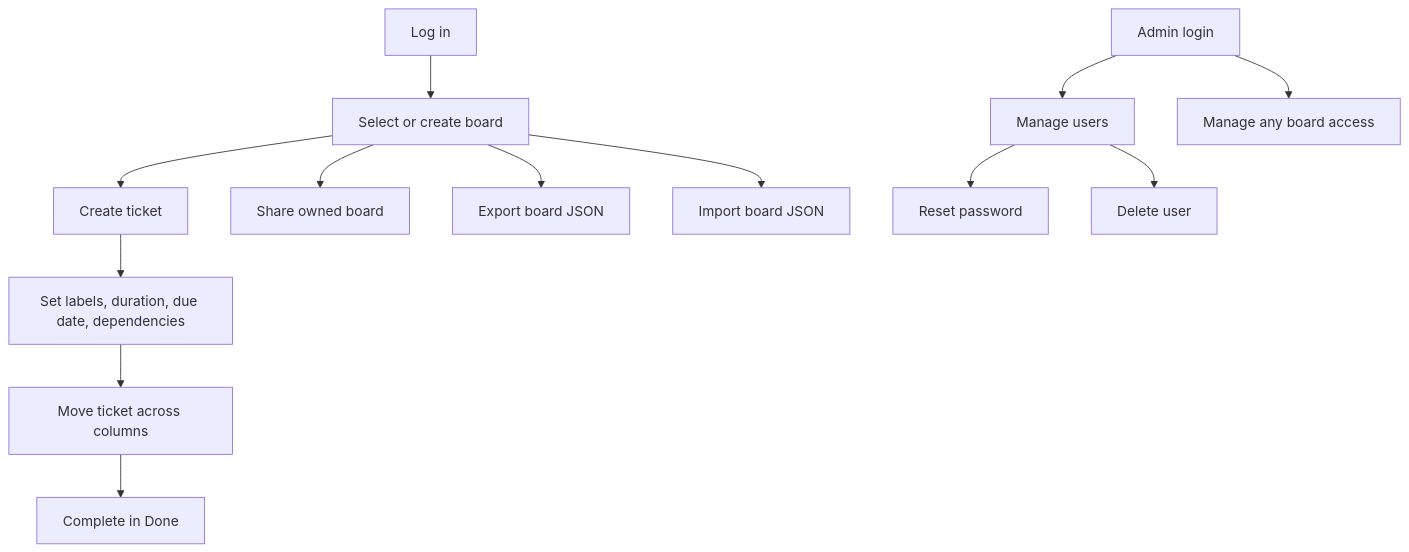
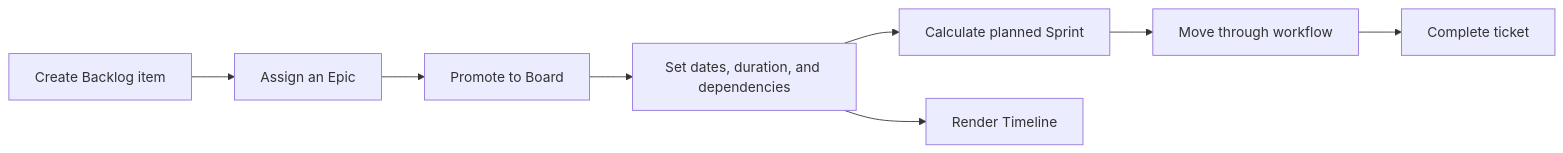
One commit to Zuendelmeister-Dev/Kanbanodon changed the third of 5 diagrams in README.md. Above: the diagram before and after it, drawn with Mermaid. The commit also changed other lines of this file and 4 other files, not shown here.

Commit message:
docs: update architecture and planning documentation

````diff
--- a/README.md
+++ b/README.md
@@ -415,17 +133,10 @@
 ```mermaid
-flowchart TD
-    Login["Log in"] --> SelectBoard["Select or create board"]
-    SelectBoard --> CreateTicket["Create ticket"]
-    CreateTicket --> Plan["Set labels, duration, due date, dependencies"]
-    Plan --> Move["Move ticket across columns"]
-    Move --> Done["Complete in Done"]
-    SelectBoard --> ShareOwn["Share owned board"]
-
-    AdminLogin["Admin login"] --> Users["Manage users"]
-    AdminLogin --> Access["Manage any board access"]
-    Users --> Reset["Reset password"]
-    Users --> Delete["Delete user"]
-
-    SelectBoard --> Export["Export board JSON"]
-    SelectBoard --> Import["Import board JSON"]
+flowchart LR
+    Create["Create Backlog item"] --> Group["Assign an Epic"]
+    Group --> Promote["Promote to Board"]
+    Promote --> Plan["Set dates, duration, and dependencies"]
+    Plan --> Sprint["Calculate planned Sprint"]
+    Plan --> Timeline["Render Timeline"]
+    Sprint --> Move["Move through workflow"]
+    Move --> Done["Complete ticket"]
 ```
````
